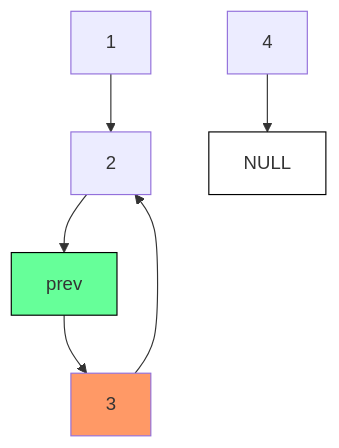
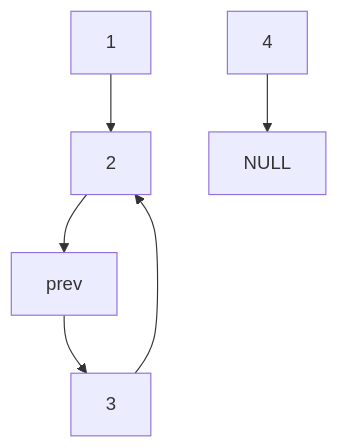
One commit to robenkleene/development-references changed the fourth of 6 diagrams in computer-science/linked-list-reverse.md. Above: the diagram before and after it, drawn with Mermaid. The commit also changed other lines of this file, not shown here.

````diff
--- a/computer-science/linked-list-reverse.md
+++ b/computer-science/linked-list-reverse.md
@@ -78,11 +71,8 @@
 ``` mermaid
 graph TD
     B[2] --> prev
     A[1] --> B
     prev --> C[3]
     C --> B
     D[4] --> NULL
-    style C fill:#f96
-    style prev fill:#6f9,stroke:#000
-    style NULL fill:#fff,stroke:#000
 ```
````
